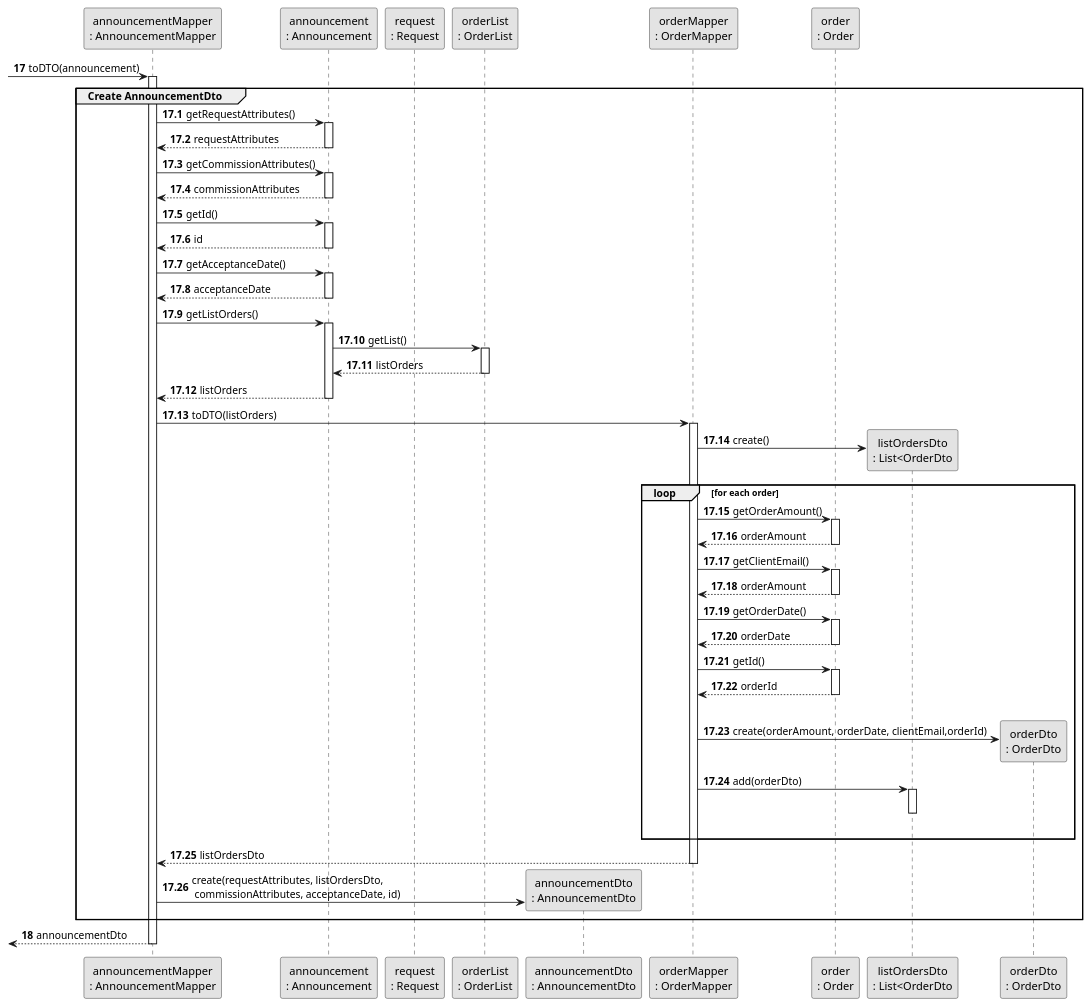
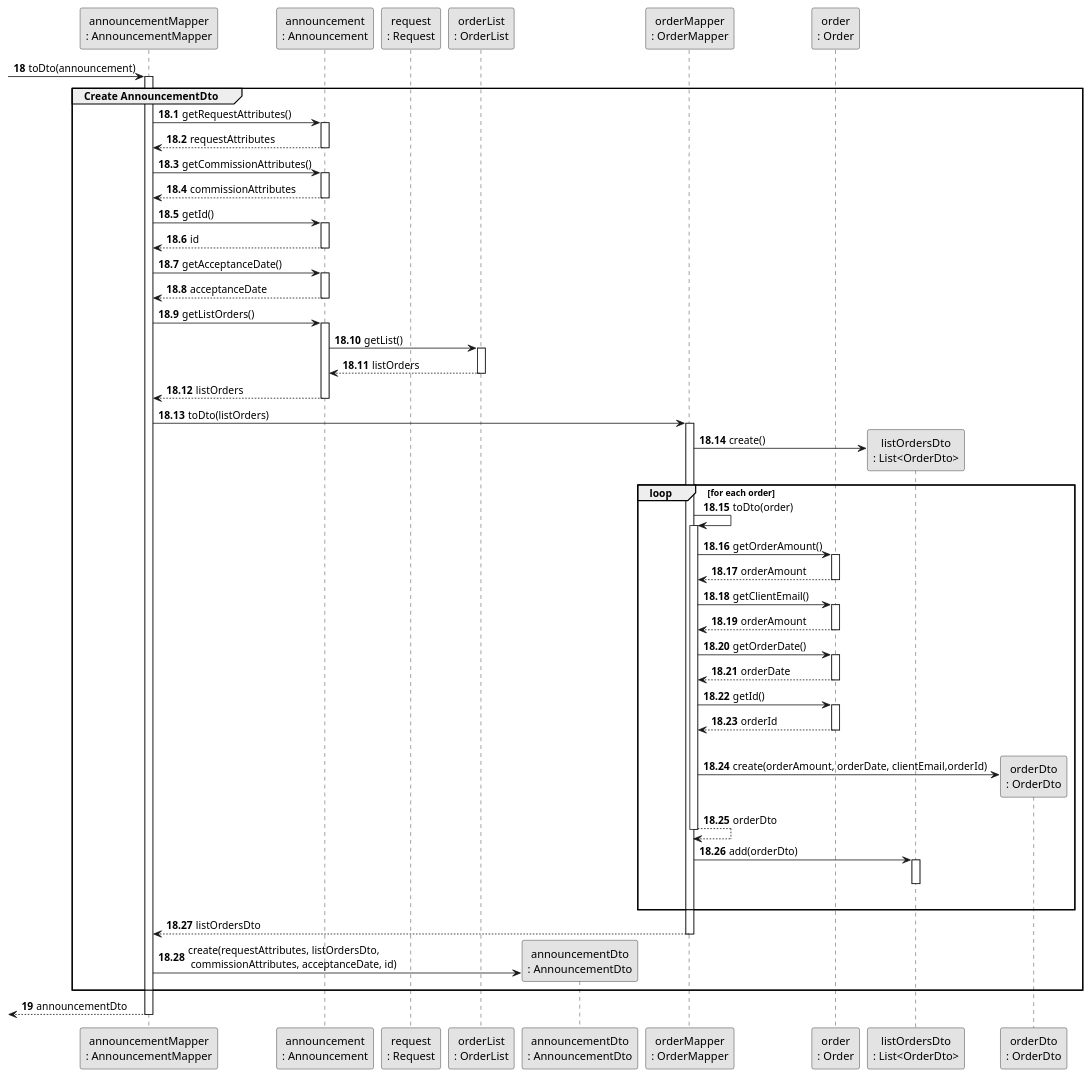
Before and after one commit to rita-barbosa/LAPR2-2223: the diagram in docs/sprintC/us011/03.design/puml/us011-sequence-diagram-partial-create-announcementDto.puml, drawn with PlantUML. The commit also changed 10 other files, not shown here.

Commit message:
Update Sequence & Class diagram: final alterations [US011][Design][#01 & #05 Task]

```diff
--- a/docs/sprintC/us011/03.design/puml/us011-sequence-diagram-partial-create-announcementDto.puml
+++ b/docs/sprintC/us011/03.design/puml/us011-sequence-diagram-partial-create-announcementDto.puml
@@ -1,99 +1,103 @@
 @startuml
 skinparam monochrome true
 skinparam packageStyle rectangle
 skinparam shadowing false
 
 
 
 participant "announcementMapper\n: AnnouncementMapper" as AnnMAPPER
 participant "announcement\n: Announcement" as Announce
 participant "request\n: Request" as Request
 participant "orderList\n: OrderList" as OrderList
 participant "announcementDto\n: AnnouncementDto" as AnnDTO
 participant "orderMapper\n: OrderMapper" as OrderMapper
 participant "order\n: Order" as Order
-participant "listOrdersDto\n: List<OrderDto" as OrderDTOList
+participant "listOrdersDto\n: List<OrderDto>" as OrderDTOList
 participant "orderDto\n: OrderDto" as OrderDTO
 
 
-autonumber 17
-         -> AnnMAPPER : toDTO(announcement)
+autonumber 18
+         -> AnnMAPPER : toDto(announcement)
          activate AnnMAPPER
-autonumber 17.1
+autonumber 18.1
 group Create AnnouncementDto
 
          AnnMAPPER -> Announce: getRequestAttributes()
          activate Announce
          Announce --> AnnMAPPER : requestAttributes
          deactivate Announce
 
          AnnMAPPER -> Announce: getCommissionAttributes()
          activate Announce
          Announce --> AnnMAPPER : commissionAttributes
          deactivate Announce
 
          AnnMAPPER -> Announce : getId()
          activate Announce
          Announce --> AnnMAPPER : id
          deactivate Announce
 
          AnnMAPPER -> Announce: getAcceptanceDate()
          activate Announce
          Announce --> AnnMAPPER : acceptanceDate
          deactivate Announce
 
          AnnMAPPER -> Announce:  getListOrders()
          activate Announce
          Announce -> OrderList : getList()
          activate OrderList
 
          OrderList --> Announce : listOrders
          deactivate OrderList
          Announce --> AnnMAPPER : listOrders
          deactivate Announce
 
-         AnnMAPPER -> OrderMapper : toDTO(listOrders)
+         AnnMAPPER -> OrderMapper : toDto(listOrders)
          activate OrderMapper
 
         OrderMapper -> OrderDTOList** : create()
                 loop for each order
+                OrderMapper -> OrderMapper : toDto(order)
+                activate OrderMapper
                      OrderMapper -> Order : getOrderAmount()
                      activate Order
                      Order --> OrderMapper : orderAmount
                      deactivate Order
 
                      OrderMapper -> Order : getClientEmail()
                      activate Order
                      Order --> OrderMapper : orderAmount
                      deactivate Order
 
                      OrderMapper -> Order : getOrderDate()
                      activate Order
                      Order --> OrderMapper : orderDate
                      deactivate Order
 
                      OrderMapper -> Order : getId()
                      activate Order
                      Order--> OrderMapper: orderId
                      deactivate Order
                      |||
                      OrderMapper -> OrderDTO** : create(orderAmount, orderDate, clientEmail,orderId)
+                     OrderMapper --> OrderMapper: orderDto
+                     deactivate OrderMapper
 
                      OrderMapper -> OrderDTOList : add(orderDto)
                      activate OrderDTOList
                      deactivate OrderDTOList
                 |||
                 end loop
 
          OrderMapper --> AnnMAPPER: listOrdersDto
          deactivate OrderMapper
 
          AnnMAPPER -> AnnDTO**: create(requestAttributes, listOrdersDto,\n commissionAttributes, acceptanceDate, id)
          end group
 
-autonumber 18
+autonumber 19
 
      <-- AnnMAPPER : announcementDto
      deactivate AnnMAPPER
 
 @enduml
```
